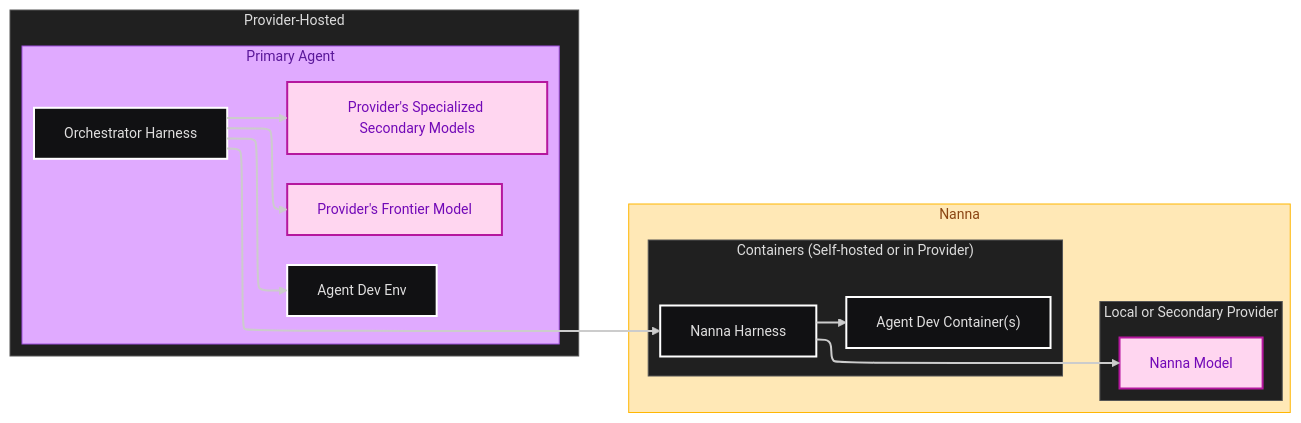
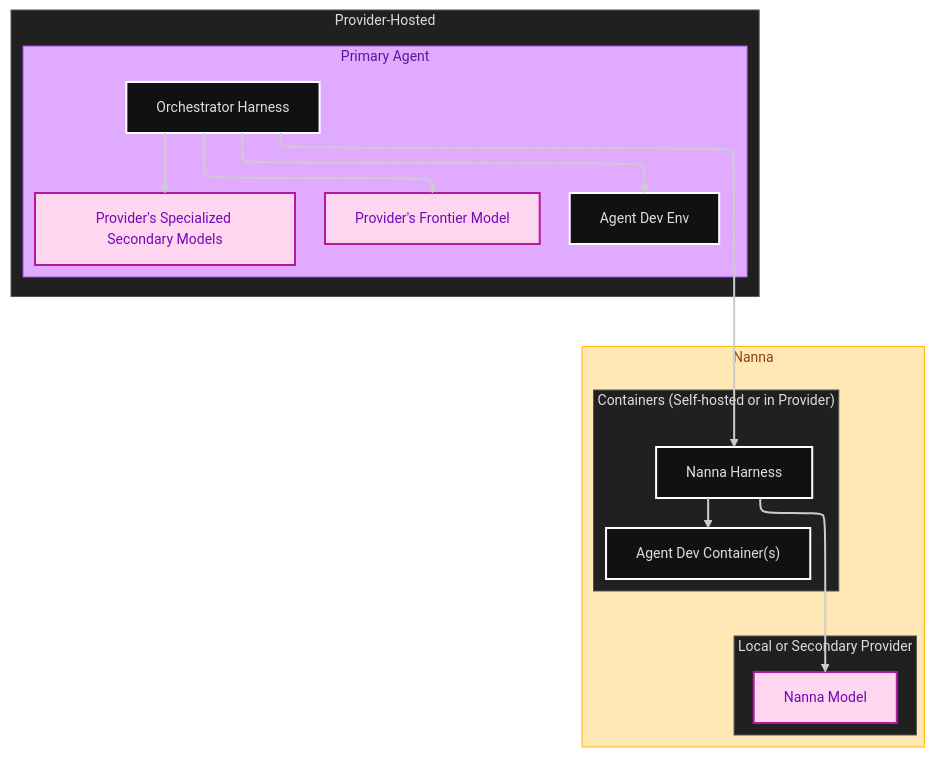
The first of 3 diagrams in ARCHITECTURE.md (DominicBurkart/nanna-coder), drawn with Mermaid before and after one commit.

````diff
--- a/ARCHITECTURE.md
+++ b/ARCHITECTURE.md
@@ -7,50 +7,50 @@
 ```mermaid
 ---
 config:
   theme: redux-dark
   layout: elk
 ---
-flowchart LR
+flowchart TD
     %% Provider side
     subgraph ProviderHosted["Provider-Hosted"]
         subgraph ProviderAgent["Primary Agent"]
             OrchestratorHarness["Orchestrator Harness"]
             OrchestratorModel["Provider's Frontier Model"]
             OrchestratorSecondaryModel["Provider's Specialized Secondary Models"]
             OrchestratorHarness --> OrchestratorModel
             OrchestratorHarness --> OrchestratorSecondaryModel
             ProviderDevEnv["Agent Dev Env"]
         end
         OrchestratorHarness --> ProviderDevEnv
     end
 
     %% Nanna side (Self-hosted or in Provider)
     subgraph Nanna["Nanna"]
         subgraph NannaDev["Containers (Self-hosted or in Provider)"]
             NannaHarness["Nanna Harness"]
             NannaDevEnv["Agent Dev Container(s)"]
             NannaHarness --> NannaDevEnv
         end
         subgraph GatewayHosted["Local or Secondary Provider"]
             NannaModel["Nanna Model"]
         end
     end
 
     %% Optional external model provider for Nanna
     NannaHarness --> NannaModel
 
     %% Connections between orchestration layers
     OrchestratorHarness --> NannaHarness
 
     %% Classes
     classDef area fill:#202020,stroke:#555,stroke-width:1px,color:#DDD
     classDef orchestrator stroke:#9D4EDD,fill:#E0AAFF,color:#5A189A
     classDef subagent stroke:#46EDC8,fill:#DEFFF8,color:#378E7A
     classDef nanna stroke:#FFB703,fill:#FFE8B6,color:#8B4513
     classDef model stroke:#B5179E,fill:#FFD6F0,color:#7209B7
 
     class ProviderHosted,NannaDev,GatewayHosted area
     class ProviderAgent orchestrator
     class Nanna nanna
     class NannaModel,OrchestratorModel,OrchestratorSecondaryModel model
 ```
````
